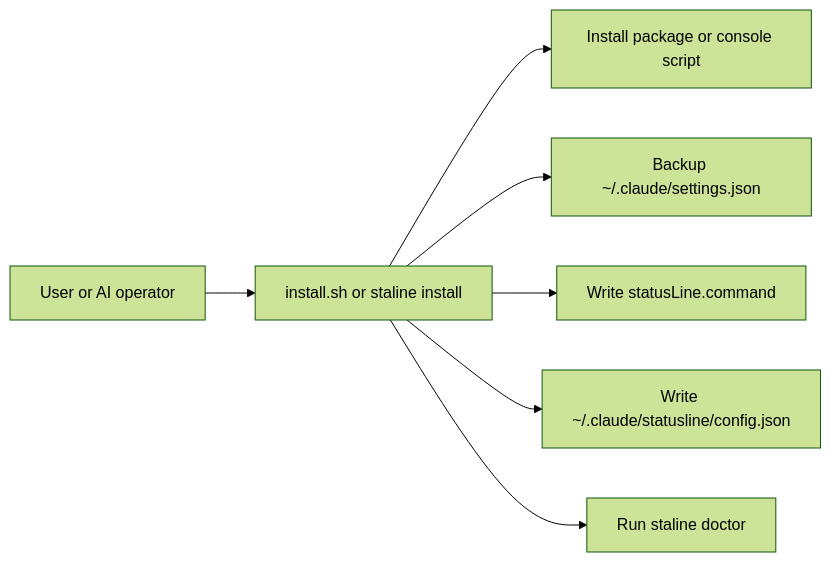
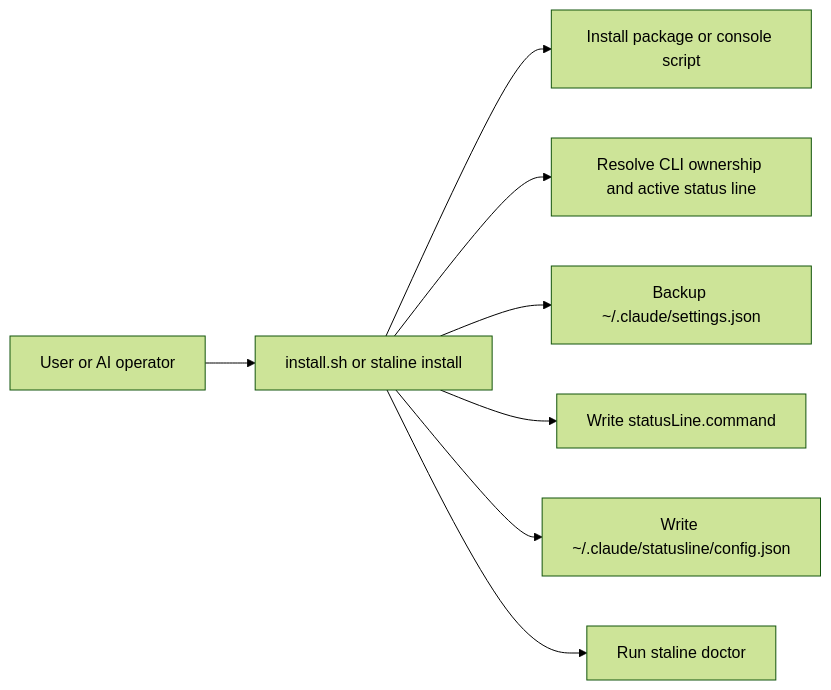
Before and after one commit to yang1996202-cpu/claude-statusline: the first of 2 diagrams in docs/ARCHITECTURE.md, drawn with Mermaid (forest theme). The commit also changed other lines of this file and 4 other files, not shown here.

````diff
--- a/docs/ARCHITECTURE.md
+++ b/docs/ARCHITECTURE.md
@@ -18,9 +18,10 @@
 ```mermaid
 flowchart LR
 	U[User or AI operator] --> I[install.sh or staline install]
 	I --> P[Install package or console script]
+	I --> K[Resolve CLI ownership and active status line]
 	I --> B[Backup ~/.claude/settings.json]
 	I --> W[Write statusLine.command]
 	I --> C[Write ~/.claude/statusline/config.json]
 	I --> D[Run staline doctor]
 ```
````
